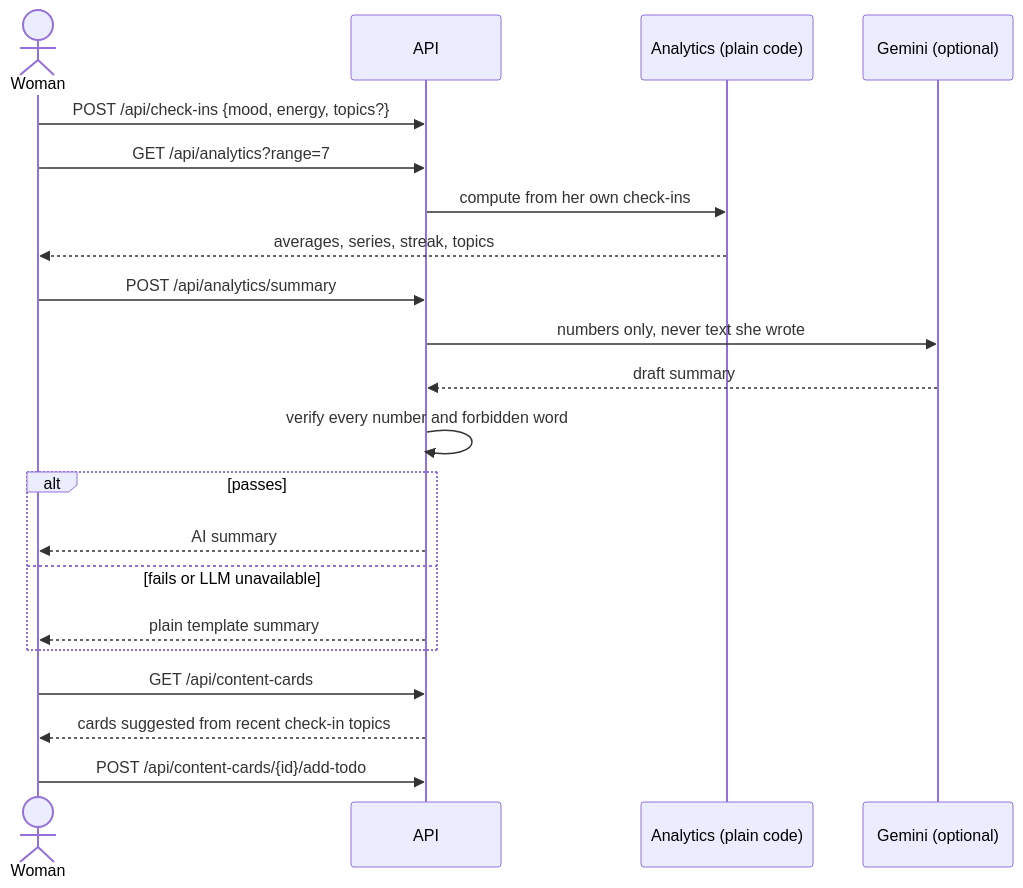
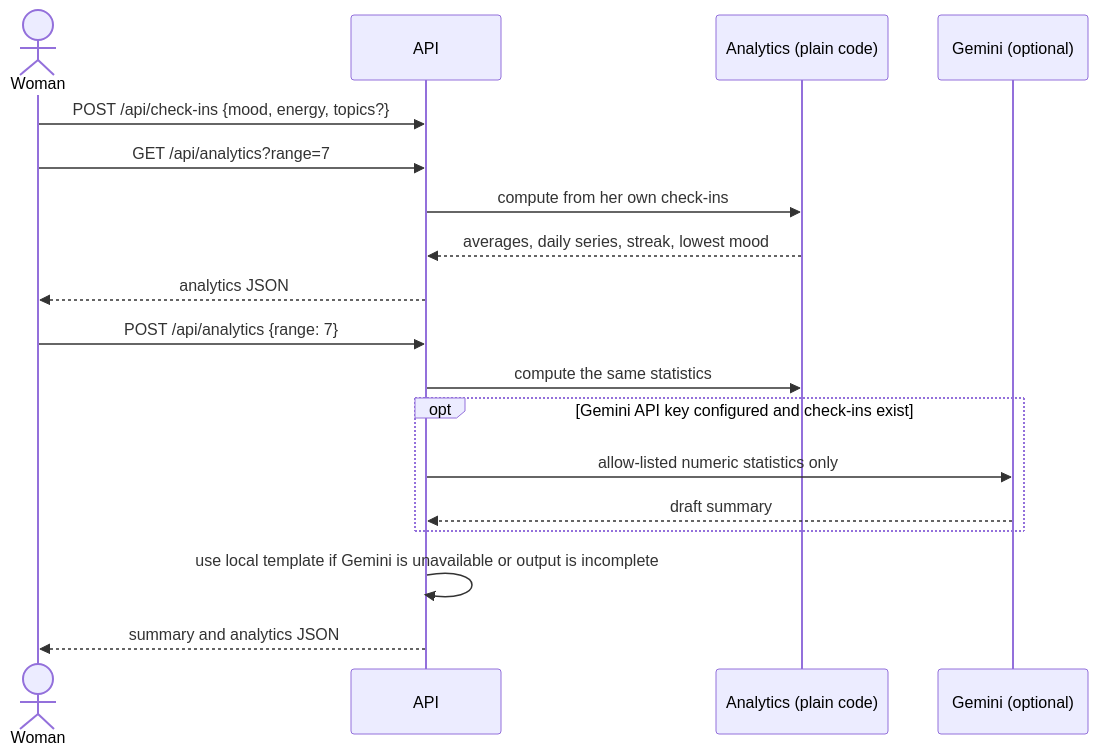
The ninth of 10 diagrams in README.md (meriemchebab/Rahati), drawn with Mermaid before and after one commit. The commit also changed other lines of this file, not shown here.

````diff
--- a/README.md
+++ b/README.md
@@ -294,23 +302,20 @@
 ```mermaid
 sequenceDiagram
   actor Woman
   participant API
   participant Stats as Analytics (plain code)
   participant LLM as Gemini (optional)
   Woman->>API: POST /api/check-ins {mood, energy, topics?}
   Woman->>API: GET /api/analytics?range=7
   API->>Stats: compute from her own check-ins
-  Stats-->>Woman: averages, series, streak, topics
-  Woman->>API: POST /api/analytics/summary
-  API->>LLM: numbers only, never text she wrote
-  LLM-->>API: draft summary
-  API->>API: verify every number and forbidden word
-  alt passes
-    API-->>Woman: AI summary
-  else fails or LLM unavailable
-    API-->>Woman: plain template summary
+  Stats-->>API: averages, daily series, streak, lowest mood
+  API-->>Woman: analytics JSON
+  Woman->>API: POST /api/analytics {range: 7}
+  API->>Stats: compute the same statistics
+  opt Gemini API key configured and check-ins exist
+    API->>LLM: allow-listed numeric statistics only
+    LLM-->>API: draft summary
   end
-  Woman->>API: GET /api/content-cards
-  API-->>Woman: cards suggested from recent check-in topics
-  Woman->>API: POST /api/content-cards/{id}/add-todo
+  API->>API: use local template if Gemini is unavailable or output is incomplete
+  API-->>Woman: summary and analytics JSON
 ```
````
